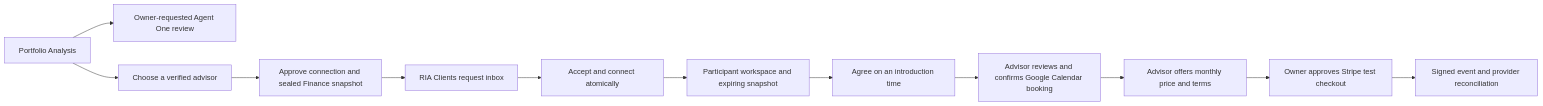
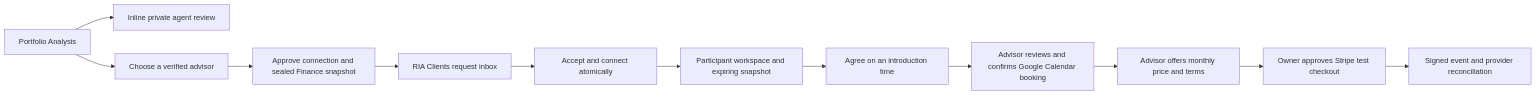
Before and after one commit to hushh-labs/hushh-research: the diagram in docs/reference/kai/advisor-handshake.md, drawn with Mermaid. The commit also changed other lines of this file and 22 other files, not shown here.

Commit message:
Show saved portfolio review and persona refinement inline

````diff
--- a/docs/reference/kai/advisor-handshake.md
+++ b/docs/reference/kai/advisor-handshake.md
@@ -5,14 +5,14 @@
 ```mermaid
 flowchart LR
-  Analysis[Portfolio Analysis] --> Agent[Owner-requested Agent One review]
+  Analysis[Portfolio Analysis] --> Agent[Inline private agent review]
   Analysis --> Choose[Choose a verified advisor]
   Choose --> Approve[Approve connection and sealed Finance snapshot]
   Approve --> Pending[RIA Clients request inbox]
   Pending --> Accept[Accept and connect atomically]
   Accept --> Workspace[Participant workspace and expiring snapshot]
   Workspace --> Agree[Agree on an introduction time]
   Agree --> Calendar[Advisor reviews and confirms Google Calendar booking]
   Calendar --> Plan[Advisor offers monthly price and terms]
   Plan --> Checkout[Owner approves Stripe test checkout]
   Checkout --> Readback[Signed event and provider reconciliation]
 ```
````
